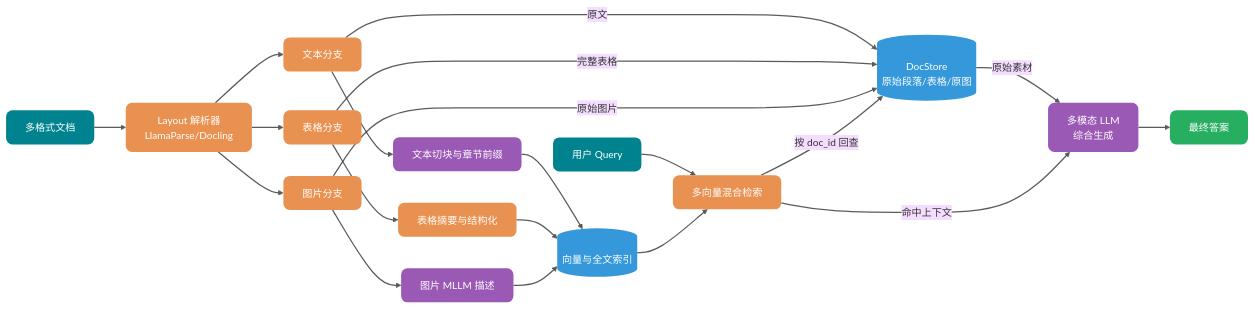
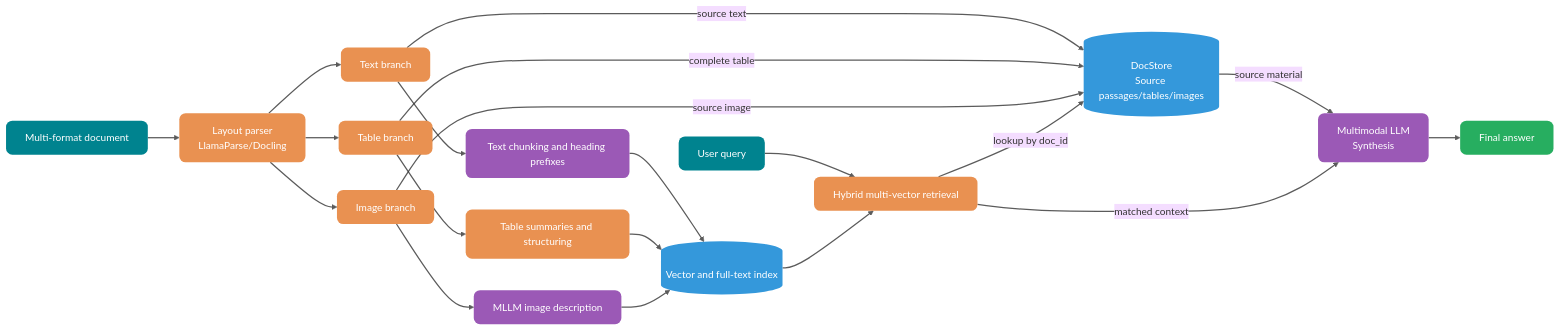
The second of 2 diagrams in docs/ai/rag/rag-document-processing.md (m3h3d1/JavaGuideEn), drawn with Mermaid (base theme) before and after one commit. The commit also changed other lines of this file and 128 other files, not shown here.

````diff
--- a/docs/ai/rag/rag-document-processing.md
+++ b/docs/ai/rag/rag-document-processing.md
@@ -375,49 +378,49 @@
 ```mermaid
 flowchart LR
-    %% ========== 配色声明 ==========
+    %% ========== Color definitions ==========
     classDef input fill:#00838F,color:#FFFFFF,stroke:none,rx:10,ry:10
     classDef process fill:#E99151,color:#FFFFFF,stroke:none,rx:10,ry:10
     classDef storage fill:#3498DB,color:#FFFFFF,stroke:none,rx:10,ry:10
     classDef llm fill:#9B59B6,color:#FFFFFF,stroke:none,rx:10,ry:10
     classDef success fill:#27AE60,color:#FFFFFF,stroke:none,rx:10,ry:10
 
-    %% ========== 节点声明 ==========
-    Doc[多格式文档]:::input
-    Parser[Layout 解析器<br/>LlamaParse/Docling]:::process
-    TextBranch[文本分支]:::process
-    TableBranch[表格分支]:::process
-    ImageBranch[图片分支]:::process
+    %% ========== Node definitions ==========
+    Doc[Multi-format document]:::input
+    Parser[Layout parser<br/>LlamaParse/Docling]:::process
+    TextBranch[Text branch]:::process
+    TableBranch[Table branch]:::process
+    ImageBranch[Image branch]:::process
 
-    TextSum[文本切块与章节前缀]:::llm
-    TableSum[表格摘要与结构化]:::process
-    ImageSum[图片 MLLM 描述]:::llm
+    TextSum[Text chunking and heading prefixes]:::llm
+    TableSum[Table summaries and structuring]:::process
+    ImageSum[MLLM image description]:::llm
 
-    VecIndex[(向量与全文索引)]:::storage
-    DocStore[(DocStore<br/>原始段落/表格/原图)]:::storage
+    VecIndex[(Vector and full-text index)]:::storage
+    DocStore[(DocStore<br/>Source passages/tables/images)]:::storage
 
-    Query[用户 Query]:::input
-    Retrieve[多向量混合检索]:::process
-    Synthesize[多模态 LLM<br/>综合生成]:::llm
-    Answer[最终答案]:::success
+    Query[User query]:::input
+    Retrieve[Hybrid multi-vector retrieval]:::process
+    Synthesize[Multimodal LLM<br/>Synthesis]:::llm
+    Answer[Final answer]:::success
 
     Doc --> Parser
     Parser --> TextBranch
     Parser --> TableBranch
     Parser --> ImageBranch
 
     TextBranch --> TextSum --> VecIndex
-    TextBranch -->|原文| DocStore
+    TextBranch -->|source text| DocStore
     TableBranch --> TableSum --> VecIndex
-    TableBranch -->|完整表格| DocStore
+    TableBranch -->|complete table| DocStore
     ImageBranch --> ImageSum --> VecIndex
-    ImageBranch -->|原始图片| DocStore
+    ImageBranch -->|source image| DocStore
 
     Query --> Retrieve
     VecIndex --> Retrieve
-    Retrieve -->|按 doc_id 回查| DocStore
-    DocStore -->|原始素材| Synthesize
-    Retrieve -->|命中上下文| Synthesize
+    Retrieve -->|lookup by doc_id| DocStore
+    DocStore -->|source material| Synthesize
+    Retrieve -->|matched context| Synthesize
     Synthesize --> Answer
 
     linkStyle default stroke-width:2px,stroke:#333333,opacity:0.8
 ```
````
